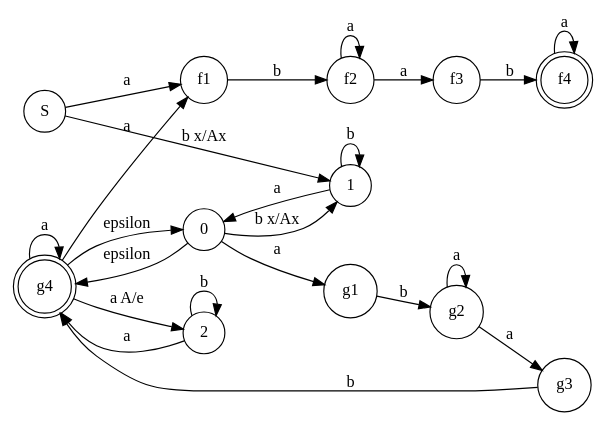
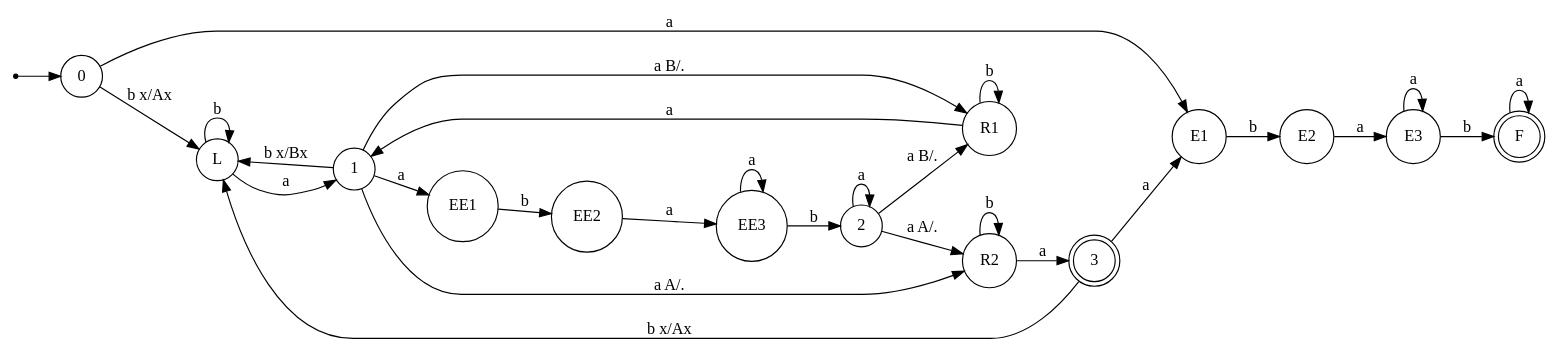
Before and after one commit to HumsterProgrammer/iu9-tfl-practice: the ninth of 10 diagrams in Практика/РК1/Варианты/Вариант 1.md, drawn with Graphviz. The commit also changed other lines of this file, not shown here.

````diff
--- a/Практика/РК1/Варианты/Вариант 1.md
+++ b/Практика/РК1/Варианты/Вариант 1.md
@@ -90,34 +216,36 @@
 ```dot
 digraph{
-rankdir=LR
-node[shape=circle]
-f4, g4[shape=doublecircle]
+	rankdir=LR
+	node[shape=circle]
+	point[shape=point]
+	3, F[shape=doublecircle]
 
-S,0 -> 1[label="b x/Ax"]
-1 -> 1[label=b]
-1 -> 0[label=a]
-
-0 -> g1[label=a]
-g1 -> g2[label=b]
-g2 -> g2[label=a]
-g2 -> g3[label=a]
-g3 -> g4[label=b]
-g4 -> g4[label=a]
-
-0 -> g4[label=epsilon]
-
-g4 -> 2[label="a A/e"]
-2->2[label=b]
-2 -> g4[label=a]
-
-g4 -> 0[label=epsilon]
-g4 -> f1[label=a]
-
-S -> f1[label=a]
-f1 -> f2[label=b]
-f2 -> f2[label=a]
-f2 -> f3[label=a]
-f3 -> f4[label=b]
-f4 -> f4[label=a]
+	point -> 0
+	0,3 -> E1[label=a]
+	E1 -> E2[label=b]
+	E2,E3 -> E3[label=a]
+	E3 -> F[label=b]
+	F -> F[label=a]
+	
+	0,3 -> L[label="b x/Ax"]
+	L -> L[label=b]
+	L -> 1[label=a]
+	1 -> L[label="b x/Bx"]
+	
+	1 -> R1[label="a B/."]
+	R1 -> R1[label=b]
+	R1 -> 1[label=a]
+	2 -> R1[label="a B/."]
+	
+	1 -> R2[label="a A/."]
+	R2 -> R2[label=b]
+	R2 -> 3[label=a]
+	2 -> R2[label="a A/."]
+	
+	1 -> EE1[label="a"]
+	EE1 -> EE2[label=b]
+	EE2,EE3 -> EE3[label=a]
+	EE3 -> 2[label=b]
+	2 -> 2[label=a]
 }
 ```
````
